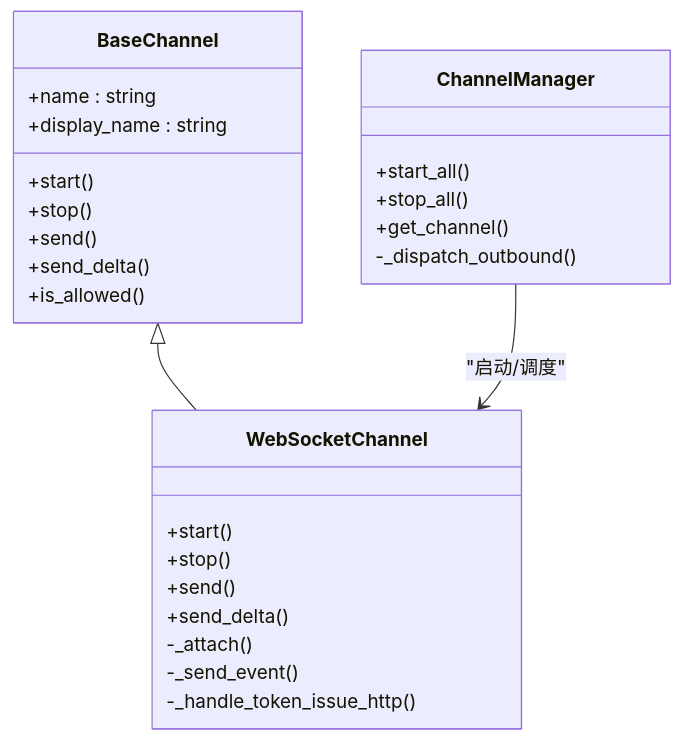
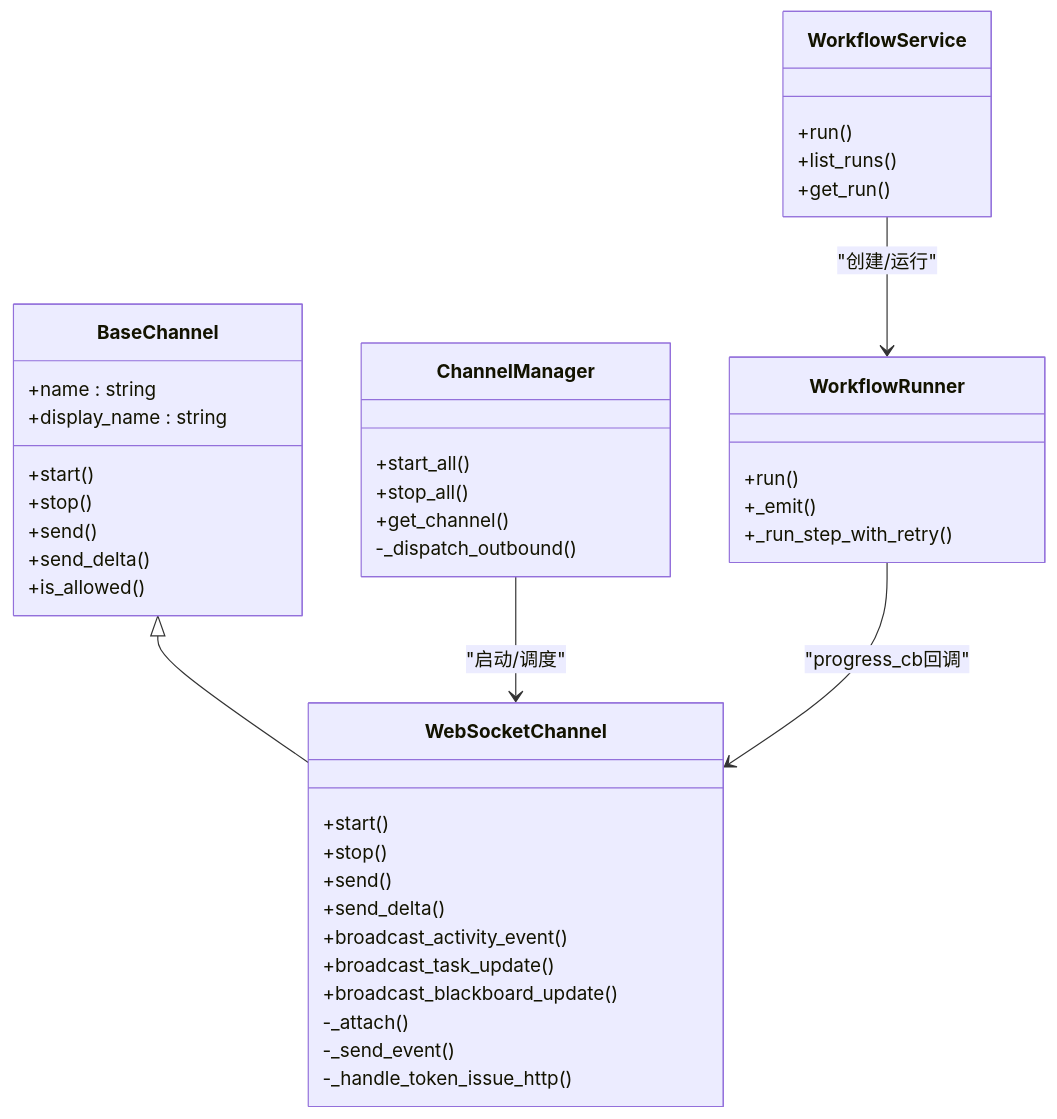
One commit to gongzeq/VAPT3 changed the tenth of 10 diagrams in .qoder/repowiki/zh/content/API服务设计/WebSocket通信.md. Above: the diagram before and after it, drawn with Mermaid. The commit also changed other lines of this file and 33 other files, not shown here.

````diff
--- a/.qoder/repowiki/zh/content/API服务设计/WebSocket通信.md
+++ b/.qoder/repowiki/zh/content/API服务设计/WebSocket通信.md
@@ -352,29 +535,44 @@
 ```mermaid
 classDiagram
 class BaseChannel {
 +name : string
 +display_name : string
 +start()
 +stop()
 +send()
 +send_delta()
 +is_allowed()
 }
 class WebSocketChannel {
 +start()
 +stop()
 +send()
 +send_delta()
++broadcast_activity_event()
++broadcast_task_update()
++broadcast_blackboard_update()
 -_attach()
 -_send_event()
 -_handle_token_issue_http()
 }
 class ChannelManager {
 +start_all()
 +stop_all()
 +get_channel()
 -_dispatch_outbound()
 }
+class WorkflowRunner {
++run()
++_emit()
++_run_step_with_retry()
+}
+class WorkflowService {
++run()
++list_runs()
++get_run()
+}
 BaseChannel <|-- WebSocketChannel
 ChannelManager --> WebSocketChannel : "启动/调度"
+WorkflowService --> WorkflowRunner : "创建/运行"
+WorkflowRunner --> WebSocketChannel : "progress_cb回调"
 ```
````
